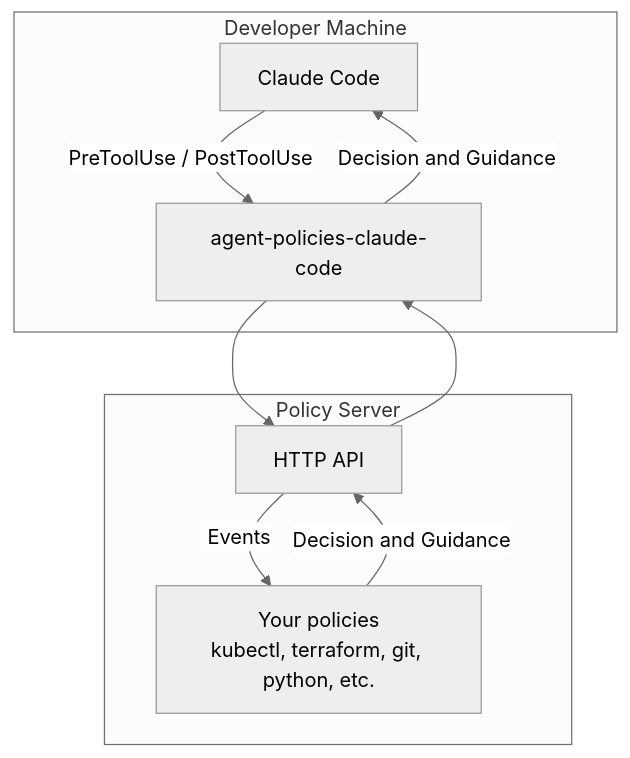
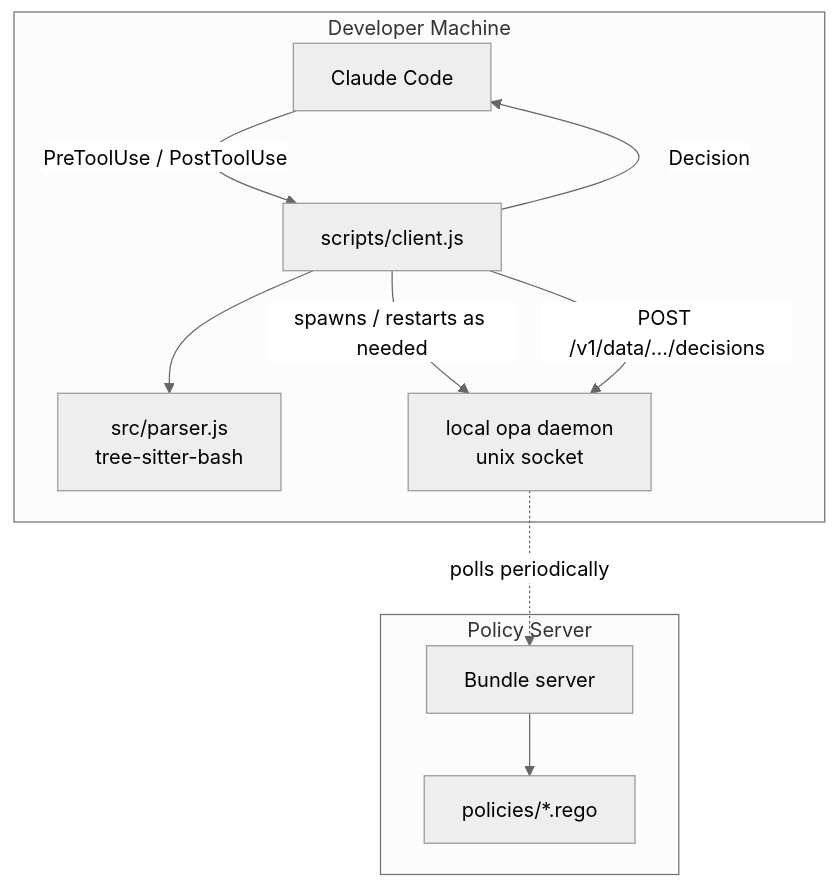
One commit to Devleaps/agent-policies-claude-code changed the diagram in README.md. Above: the diagram before and after it, drawn with Mermaid (neutral theme). The commit also changed other lines of this file, not shown here.

First line of the commit message:
Update README to describe the local-evaluation architecture

````diff
--- a/README.md
+++ b/README.md
@@ -16,19 +21,22 @@
 ```mermaid
 graph TB
     subgraph "Developer Machine"
         Editor[Claude Code]
-        Client[agent-policies-claude-code]
+        Client[scripts/client.js]
+        Parser[src/parser.js<br/>tree-sitter-bash]
+        Daemon[local opa daemon<br/>unix socket]
     end
 
     subgraph "Policy Server"
-        Server[HTTP API]
-        Policies[Your policies<br/>kubectl, terraform, git, python, etc.]
+        BundleServer[Bundle server]
+        Policies[policies/*.rego]
     end
 
     Editor -->|PreToolUse / PostToolUse| Client
-    Client --> Server
-    Server -->|Events| Policies
-    Policies -->|Decision and Guidance| Server
-    Server --> Client
-    Client -->|Decision and Guidance| Editor
+    Client --> Parser
+    Client -->|spawns / restarts as needed| Daemon
+    Client -->|POST /v1/data/.../decisions| Daemon
+    Daemon -.->|polls periodically| BundleServer
+    BundleServer --> Policies
+    Client -->|Decision| Editor
 ```
````
